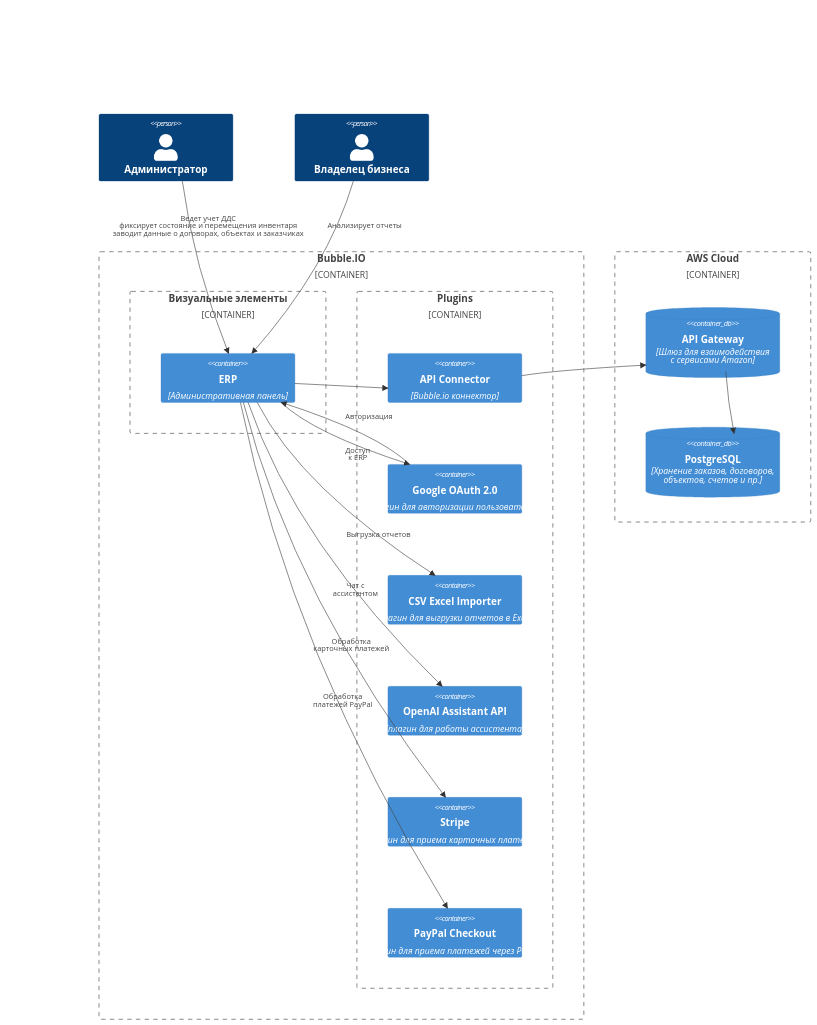
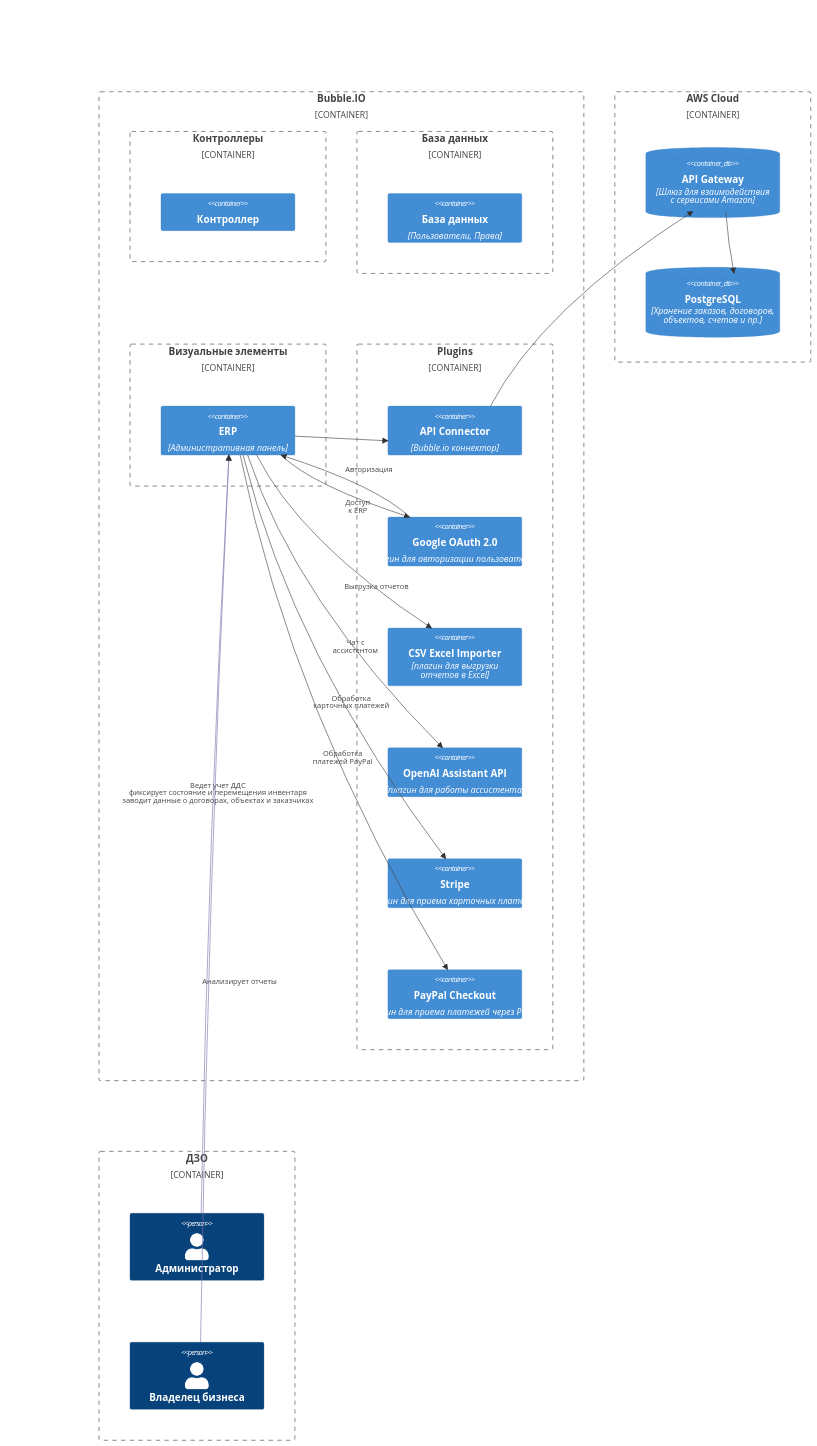
The first of 2 diagrams in project/adr_3.md (ContinentalGuy/otus-arch), drawn with Mermaid before and after one commit. The commit also changed 2 other files, not shown here.

Commit message:
upd adr_0

````diff
--- a/project/adr_3.md
+++ b/project/adr_3.md
@@ -7,44 +7,53 @@
 ```mermaid
 C4Container
     Container_Boundary(erp, "Bubble.IO") {
+        Container_Boundary(b_controllers, "Контроллеры") {
+            Container(controllers, "Контроллер", "")
+        }
+        Container_Boundary(b_database, "База данных") {
+            Container(database, "База данных", "Пользователи, Права")
+        }
         Container_Boundary(b_visual, "Визуальные элементы") {
             Container(admin_pannel, "ERP", "Административная панель")
         }
         Container_Boundary(plugins, "Plugins") {
             Container(connector, "API Connector", "Bubble.io коннектор")
             Container(auth, "Google OAuth 2.0", "плагин для авторизации пользователей")
-            Container(csv_import, "CSV Excel Importer", "плагин для выгрузки отчетов в Excel")
+            Container(csv_import, "CSV Excel Importer", "плагин для выгрузки <br>отчетов в Excel")
             Container(openai, "OpenAI Assistant API", "плагин для работы ассистента")
             Container(stripe, "Stripe", "плагин для приема карточных платежей")
             Container(paypal, "PayPal Checkout", "плагин для приема платежей через PayPal")
         }
     }
     
     Container_Boundary(aws, "AWS Cloud") {
         ContainerDb(gateway, "API Gateway", "Шлюз для взаимодействия <br>с сервисами Amazon")
         ContainerDb(postgre, "PostgreSQL", "Хранение заказов, договоров, <br> объектов, счетов и пр.")
     }
 
-    Person(admin, "Администратор", "")
-    Person(business, "Владелец бизнеса", "")
+    Container_Boundary(subsidiaries, "ДЗО", "дочерние и <br>зависимые общества") {
+        Person(admin, "Администратор", "")
+        Person(business, "Владелец бизнеса", "")
+    }
+
     Rel(admin_pannel, connector, "")
     Rel(connector, gateway, "")
     Rel(gateway, postgre, "")
     Rel(admin, admin_pannel, "Ведет учет ДДС <br> фиксирует состояние и перемещения инвентаря <br> заводит данные о договорах, объектах и заказчиках")
     Rel(business, admin_pannel, "Анализирует отчеты")
     Rel(admin_pannel, auth, "Авторизация")
     Rel(auth, admin_pannel, "Доступ <br>к ERP")
     Rel(admin_pannel, csv_import, "Выгрузка отчетов")
     Rel(admin_pannel, openai, "Чат с <br>ассистентом")
     Rel(admin_pannel, stripe, "Обработка <br>карточных платежей")
     Rel(admin_pannel, paypal, "Обработка <br>платежей PayPal")
 
-    UpdateRelStyle(admin, admin_pannel, $offsetY="-70", $offsetX="-150")
-    UpdateRelStyle(business, admin_pannel, $offsetY="-70", $offsetX="40")
+    UpdateRelStyle(admin, admin_pannel, $lineColor="#8073ac", $offsetY="-70", $offsetX="-150")
+    UpdateRelStyle(business, admin_pannel, $lineColor="#8073ac", $offsetY="130", $offsetX="-20")
     UpdateRelStyle(admin_pannel, auth, $offsetY="-30", $offsetX="0")
     UpdateRelStyle(auth, admin_pannel, $offsetY="30", $offsetX="0")
     UpdateRelStyle(admin_pannel, csv_import, $offsetY="70", $offsetX="0")
     UpdateRelStyle(admin_pannel, openai, $offsetY="70", $offsetX="-20")
     UpdateRelStyle(admin_pannel, stripe, $offsetY="70", $offsetX="-50")
     UpdateRelStyle(admin_pannel, paypal, $offsetY="70", $offsetX="-50")
 ```
````
